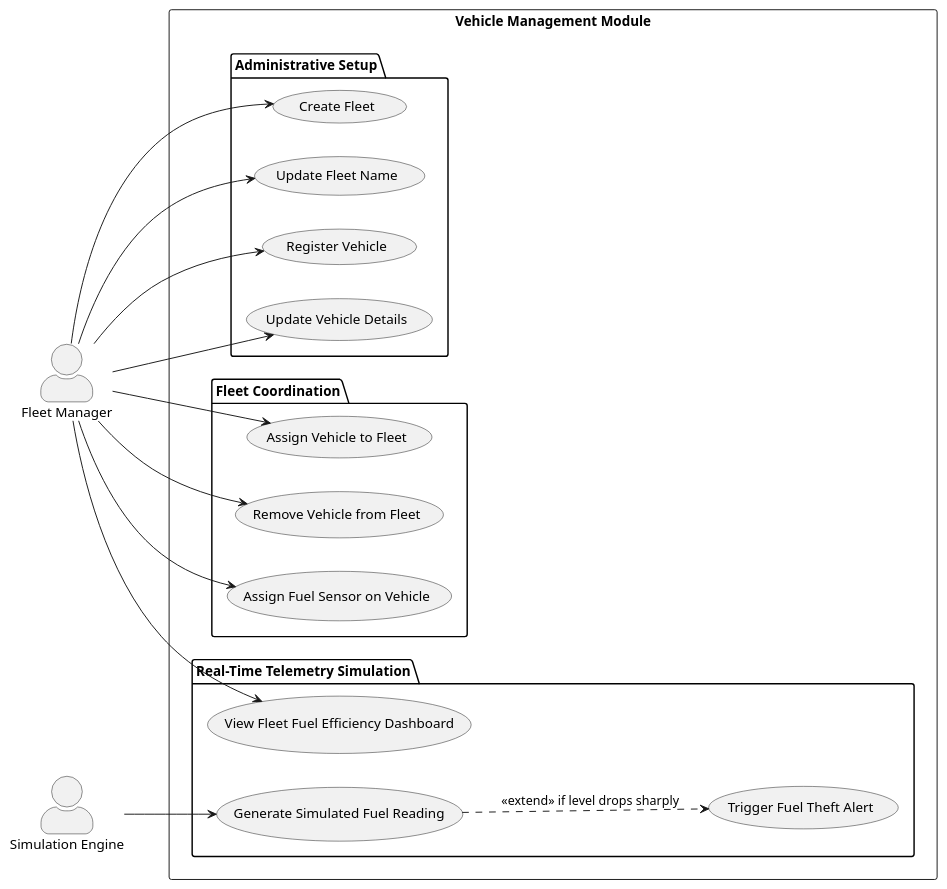
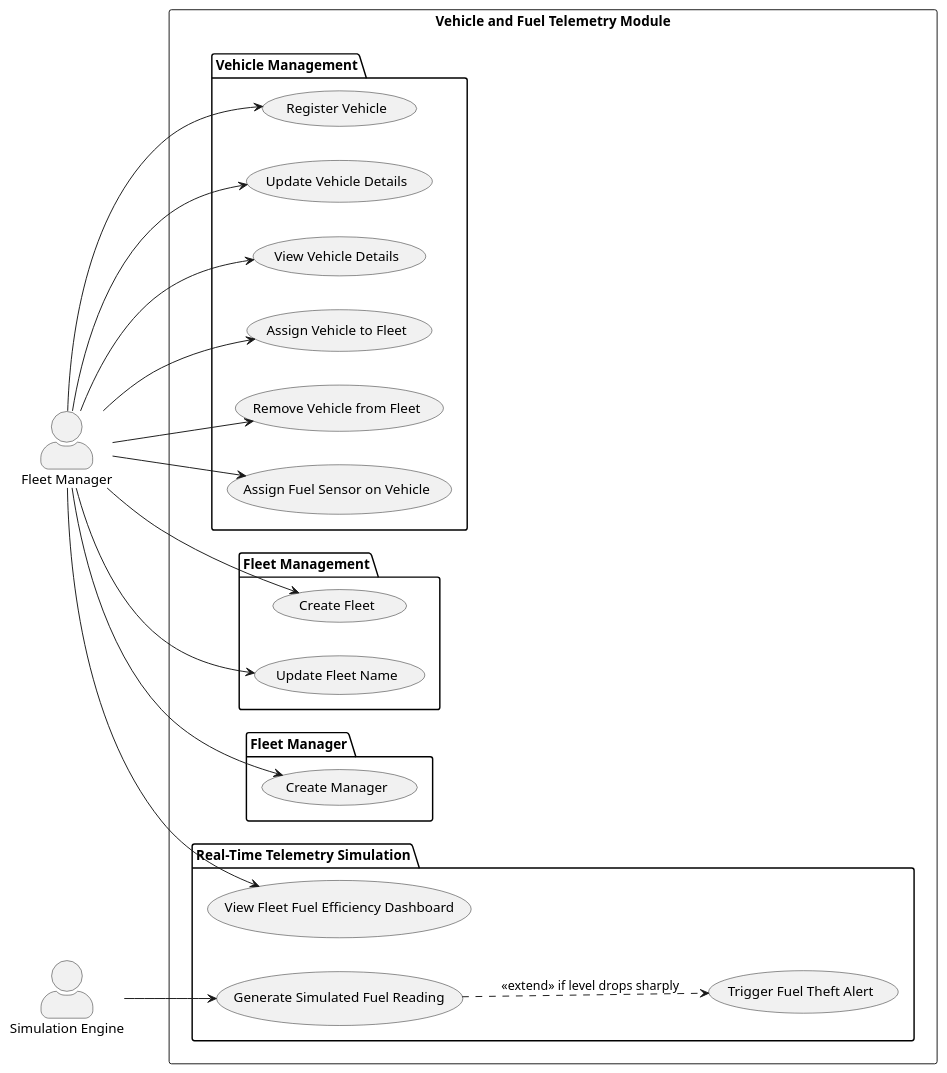
Before and after one commit to mirukibs/FleetFuel: the diagram in Backend/VehicleAndFleetTelemetryModule/Application/use case.puml, drawn with PlantUML. The commit also changed 15 other files, not shown here.

Commit message:
1. Modified the domain layer repositories to remove deletion 2. Added fleet manager creation and view vehicle details to use case and application services 3. Added readme files to each  layer in the module

```diff
--- a/Backend/VehicleAndFleetTelemetryModule/Application/use case.puml
+++ b/Backend/VehicleAndFleetTelemetryModule/Application/use case.puml
@@ -1,32 +1,38 @@
 @startuml
 skinparam actorStyle awesome
 left to right direction
 
 actor "Fleet Manager" as FM
 actor "Simulation Engine" as SE
 
-rectangle "Vehicle Management Module" {
+rectangle "Vehicle and Fuel Telemetry Module" {
    
-   ' 1. Administrative / Setup Use Cases
-    package "Administrative Setup" {
-        FM --> (Create Fleet)
-        FM --> (Update Fleet Name)
+    ' 1. Vehicle Management
+    package "Vehicle Management" {
         FM --> (Register Vehicle)
         FM --> (Update Vehicle Details)
-    }
-
-   ' 2. Structural Assignments
-    package "Fleet Coordination" {
+        FM --> (View Vehicle Details)
         FM --> (Assign Vehicle to Fleet)
         FM --> (Remove Vehicle from Fleet)
         FM --> (Assign Fuel Sensor on Vehicle)
     }
 
-   ' 3. Core Simulation & Telemetry (Serves the System's Main Goal)
+    ' 2. Fleet Management
+    package "Fleet Management" {
+        FM --> (Create Fleet)
+        FM --> (Update Fleet Name)
+    }
+
+    ' Fleet Manager
+    package "Fleet Manager" {
+        FM --> (Create Manager)
+    }
+
+    ' 3. Core Simulation & Telemetry (Serves the System's Main Goal)
     package "Real-Time Telemetry Simulation" {
         SE --> (Generate Simulated Fuel Reading)
         FM --> (View Fleet Fuel Efficiency Dashboard)
         (Generate Simulated Fuel Reading) ..> (Trigger Fuel Theft Alert) : <<extend>> if level drops sharply
     }
 }
 @enduml
```
